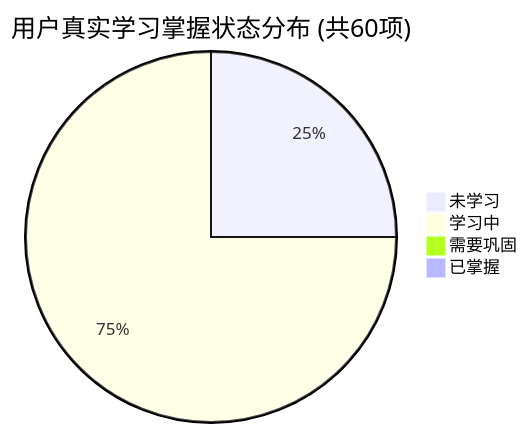
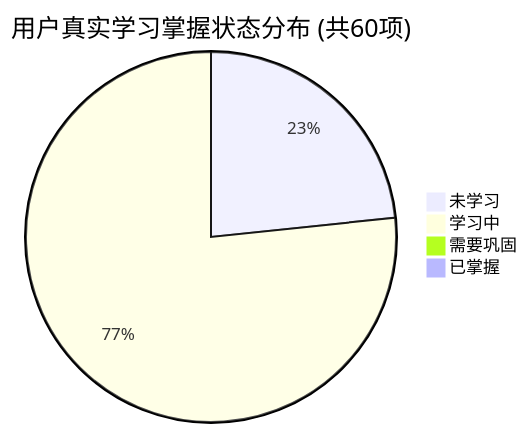
The first of 2 diagrams in PROGRESS.md (tieke1121/tech-interview-knowledge-base), drawn with Mermaid before and after one commit. The commit also changed other lines of this file and 1 other file, not shown here.

````diff
--- a/PROGRESS.md
+++ b/PROGRESS.md
@@ -27,7 +27,7 @@
 ```mermaid
 pie title 用户真实学习掌握状态分布 (共60项)
-    "未学习" : 15
-    "学习中" : 45
+    "未学习" : 14
+    "学习中" : 46
     "需要巩固" : 0
     "已掌握" : 0
 ```
````
